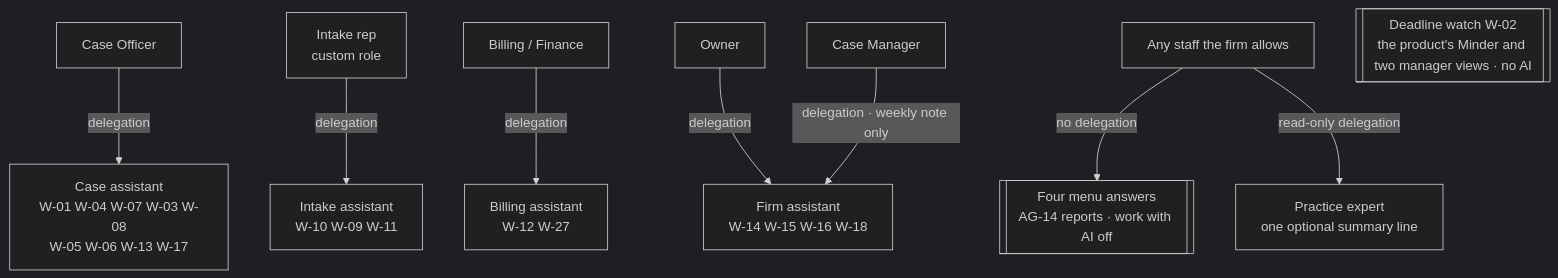
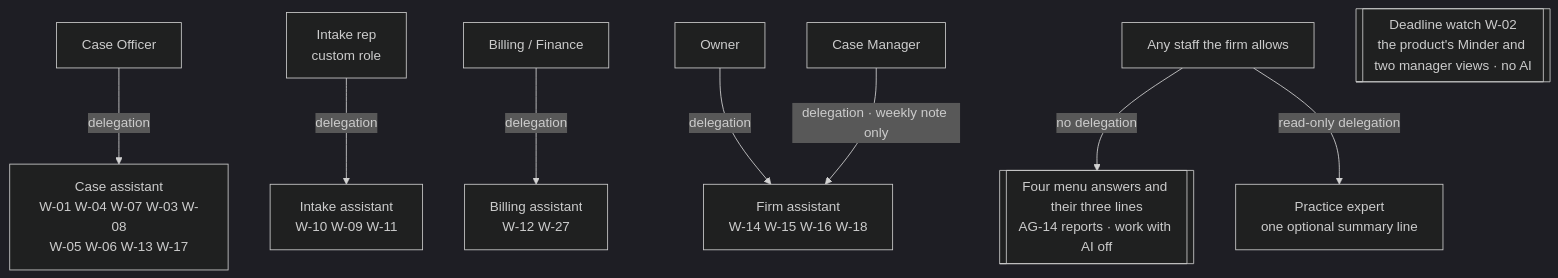
One commit to ranjan-expatready/xpatready changed the second of 3 diagrams in ai-workers/requirements/AW-01-firm-ai-assistants_v0.1.md. Above: the diagram before and after it, drawn with Mermaid (dark theme). The commit also changed other lines of this file and 4 other files, not shown here.

````diff
--- a/ai-workers/requirements/AW-01-firm-ai-assistants_v0.1.md
+++ b/ai-workers/requirements/AW-01-firm-ai-assistants_v0.1.md
@@ -88,11 +89,11 @@
 ```mermaid
 flowchart TB
     CO[Case Officer] -->|delegation| CA[Case assistant<br/>W-01 W-04 W-07 W-03 W-08<br/>W-05 W-06 W-13 W-17]
     IR[Intake rep<br/>custom role] -->|delegation| IA[Intake assistant<br/>W-10 W-09 W-11]
     BF[Billing / Finance] -->|delegation| BA[Billing assistant<br/>W-12 W-27]
     OW[Owner] -->|delegation| FA[Firm assistant<br/>W-14 W-15 W-16 W-18]
     CM[Case Manager] -->|delegation · weekly note only| FA
-    AS[Any staff the firm allows] -->|no delegation| RA[[Four menu answers<br/>AG-14 reports · work with AI off]]
+    AS[Any staff the firm allows] -->|no delegation| RA[[Four menu answers and their three lines<br/>AG-14 reports · work with AI off]]
     AS -->|read-only delegation| PE[Practice expert<br/>one optional summary line]
     MW[[Deadline watch W-02<br/>the product's Minder and two manager views · no AI]]
 ```
````
